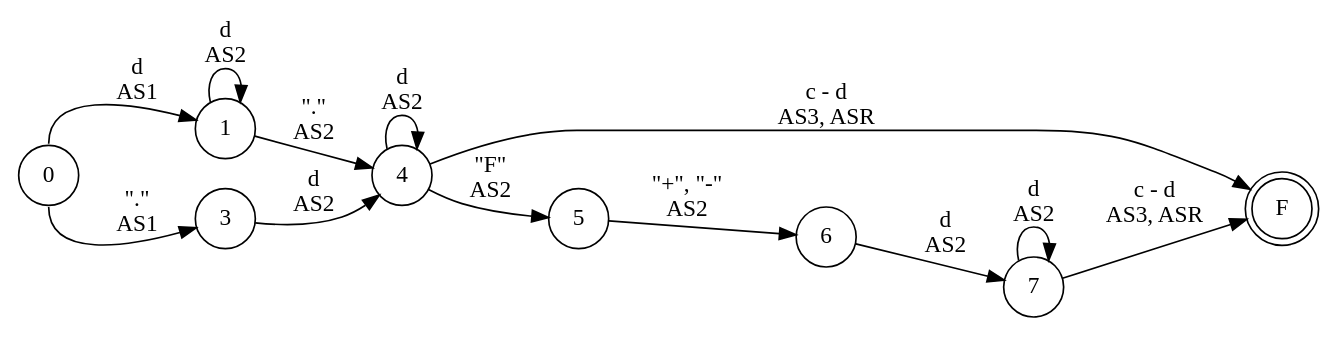
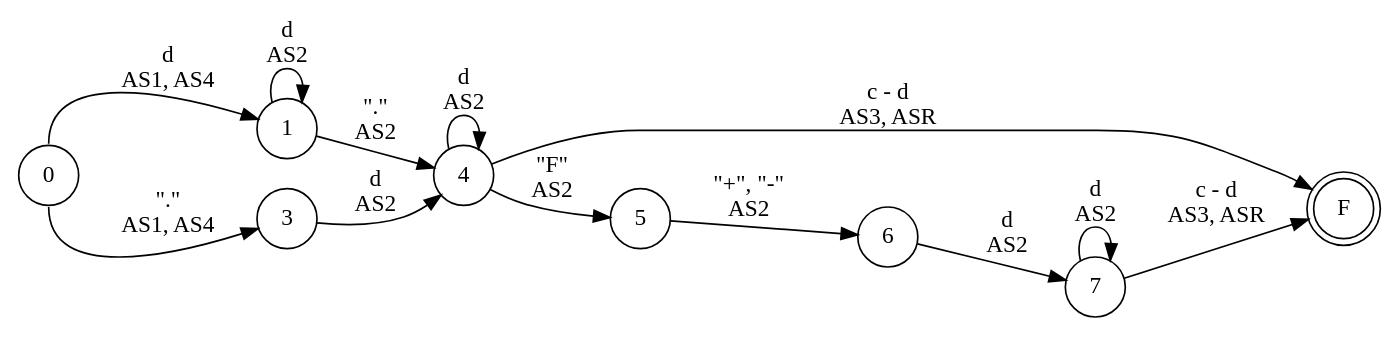
The diagram in resources/FA/FADiagrams/floating.dot (iroumec/RouVel-Compiler), drawn with Graphviz before and after one commit. The commit also changed 12 other files, not shown here.

```diff
--- a/resources/FA/FADiagrams/floating.dot
+++ b/resources/FA/FADiagrams/floating.dot
@@ -1,18 +1,18 @@
 digraph DFA {
     rankdir = LR;
     node [shape = circle;];
     F [shape = doublecircle;];
     
-    0 -> 1 [label = "d \n AS1"; tailport = n;];
-    0 -> 3 [label = "\".\" \n AS1"; tailport = s;];
+    0 -> 1 [label = "d \n AS1, AS4"; tailport = n;];
+    0 -> 3 [label = "\".\" \n AS1, AS4"; tailport = s;];
     1 -> 1 [label = "d \n AS2";];
     1 -> 4 [label = "\".\" \n AS2";];
     3 -> 4 [label = "d \n AS2";];
     4 -> 4 [label = "d \n AS2";];
     4 -> F [label = "c - d \n AS3, ASR";];
     4 -> 5 [label = "\"F\" \n AS2";];
     5 -> 6 [label = "\"+\", \"-\" \n AS2";];
     6 -> 7 [label = "d \n AS2";];
     7 -> 7 [label = "d \n AS2";];
     7 -> F [label = "c - d \n AS3, ASR";];
 }
```
